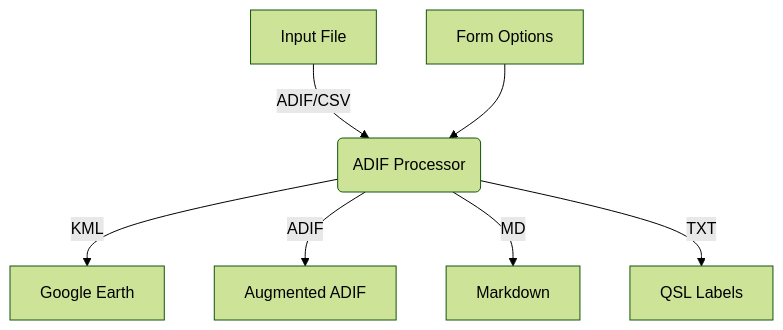
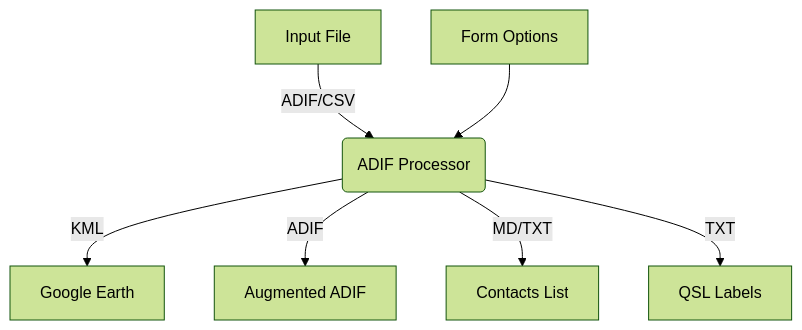
The diagram in adif-processor/adif-processor.md (urbancamo/urbancamo.github.io), drawn with Mermaid (forest theme) before and after one commit. The commit also changed other lines of this file, not shown here.

Commit message:
* indicate that contacts list can be a txt or markdown file

````diff
--- a/adif-processor/adif-processor.md
+++ b/adif-processor/adif-processor.md
@@ -80,9 +79,9 @@
 ```mermaid
 flowchart TD
     A[Input File] --> |ADIF/CSV| B(ADIF Processor)
     B --> |KML| D[Google Earth]
     B --> |ADIF| C[Augmented ADIF]
-    B --> |MD| E[Markdown]
+    B --> |MD/TXT| E[Contacts List]
     B --> |TXT| F[QSL Labels]
     G[Form Options] --> B
 ```
````
